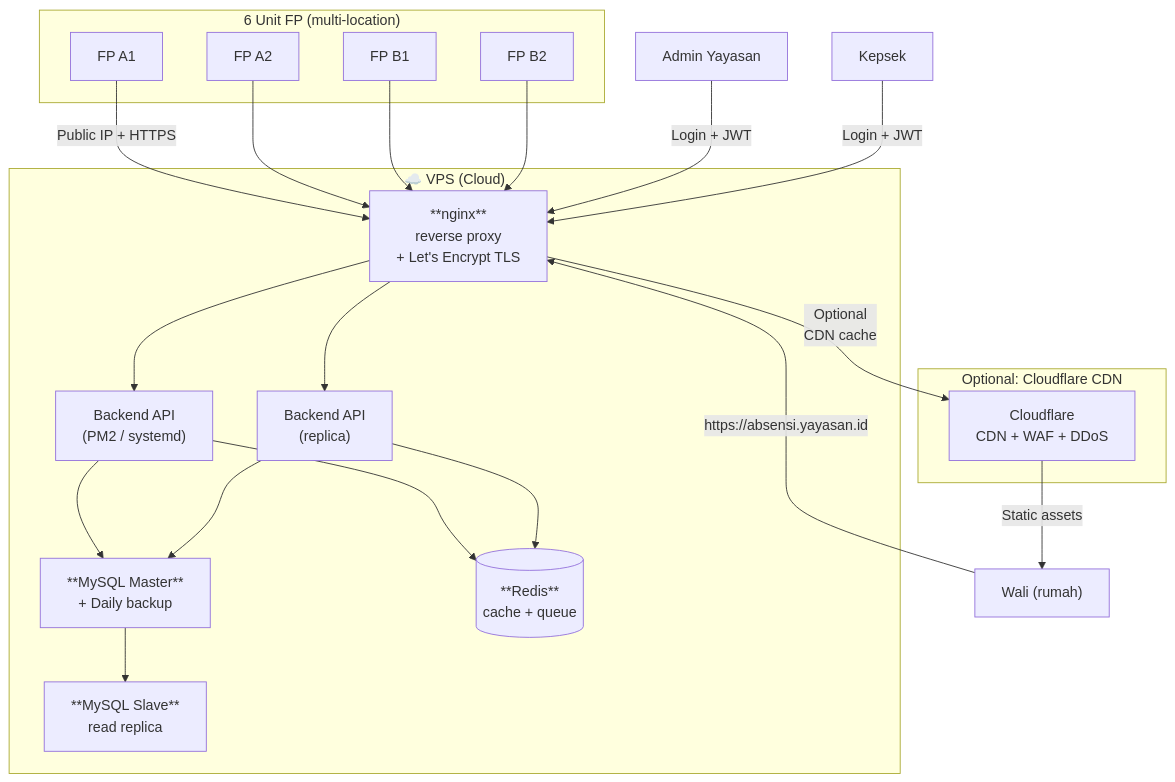
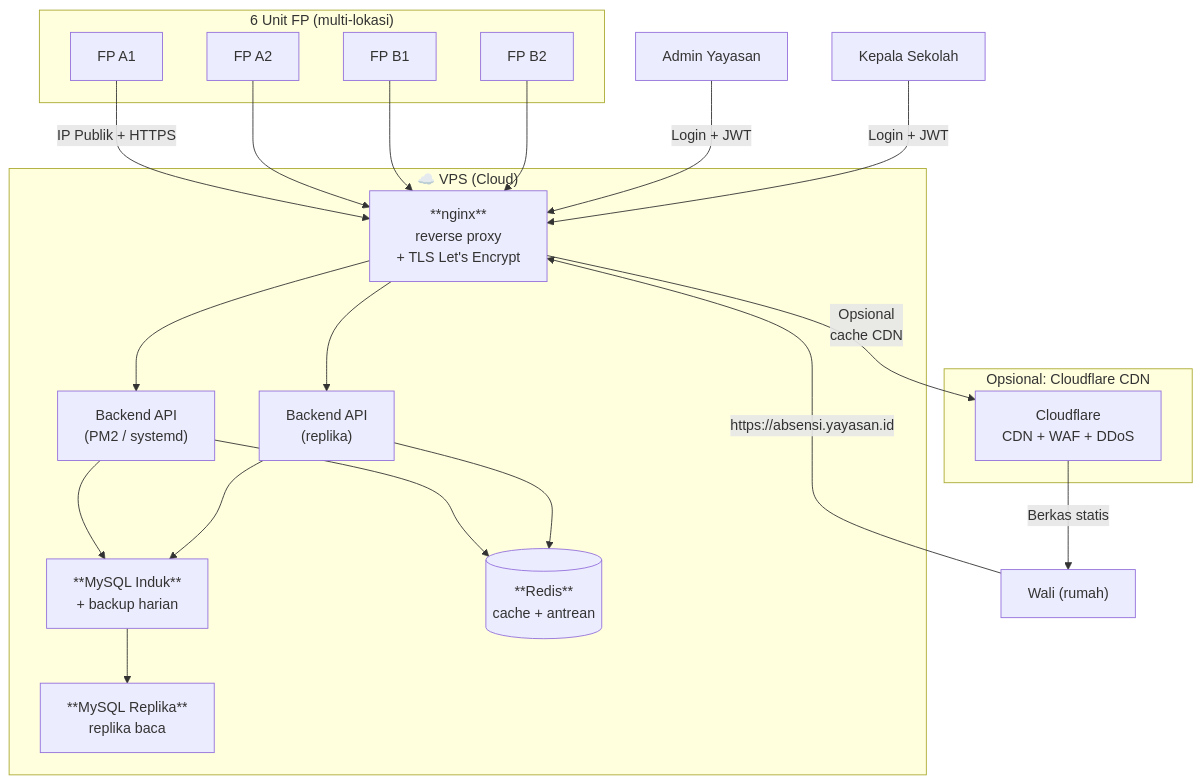
Before and after one commit to RaiKanaeru/ai-agents-vault: the third of 4 diagrams in 60-Blueprints/SERVER_NETWORK_DEPLOYMENT.md, drawn with Mermaid. The commit also changed other lines of this file and 41 other files, not shown here.

````diff
--- a/60-Blueprints/SERVER_NETWORK_DEPLOYMENT.md
+++ b/60-Blueprints/SERVER_NETWORK_DEPLOYMENT.md
@@ -203,44 +203,44 @@
 ```mermaid
 flowchart TB
     subgraph VPS["☁️ VPS (Cloud)"]
-        NG["**nginx**<br/>reverse proxy<br/>+ Let's Encrypt TLS"]
+        NG["**nginx**<br/>reverse proxy<br/>+ TLS Let's Encrypt"]
         APP1["Backend API<br/>(PM2 / systemd)"]
-        APP2["Backend API<br/>(replica)"]
-        DB_M["**MySQL Master**<br/>+ Daily backup"]
-        DB_S["**MySQL Slave**<br/>read replica"]
-        RDS[("**Redis**<br/>cache + queue")]
+        APP2["Backend API<br/>(replika)"]
+        DB_M["**MySQL Induk**<br/>+ backup harian"]
+        DB_S["**MySQL Replika**<br/>replika baca"]
+        RDS[("**Redis**<br/>cache + antrean")]
     end
 
-    subgraph OPTIONAL["Optional: Cloudflare CDN"]
+    subgraph OPSIONAL["Opsional: Cloudflare CDN"]
         CDN["Cloudflare<br/>CDN + WAF + DDoS"]
     end
 
-    subgraph EDGE["6 Unit FP (multi-location)"]
+    subgraph TEPI["6 Unit FP (multi-lokasi)"]
         FP1[FP A1]
         FP2[FP A2]
         FP3[FP B1]
         FP4[FP B2]
     end
 
     W["Wali (rumah)"]
     ADMIN["Admin Yayasan"]
-    KEPSEK["Kepsek"]
+    KEPSEK["Kepala Sekolah"]
 
-    FP1 -->|Public IP + HTTPS| NG
+    FP1 -->|"IP Publik + HTTPS"| NG
     FP2 --> NG
     FP3 --> NG
     FP4 --> NG
     NG --> APP1
     NG --> APP2
     APP1 --> DB_M
     APP2 --> DB_M
     DB_M --> DB_S
     APP1 --> RDS
     APP2 --> RDS
-    NG -->|"Optional<br/>CDN cache"| CDN
-    CDN -->|Static assets| W
+    NG -->|"Opsional<br/>cache CDN"| CDN
+    CDN -->|"Berkas statis"| W
 
-    W -->|https://absensi.yayasan.id| NG
-    ADMIN -->|Login + JWT| NG
-    KEPSEK -->|Login + JWT| NG
+    W -->|"https://absensi.yayasan.id"| NG
+    ADMIN -->|"Login + JWT"| NG
+    KEPSEK -->|"Login + JWT"| NG
 ```
````
